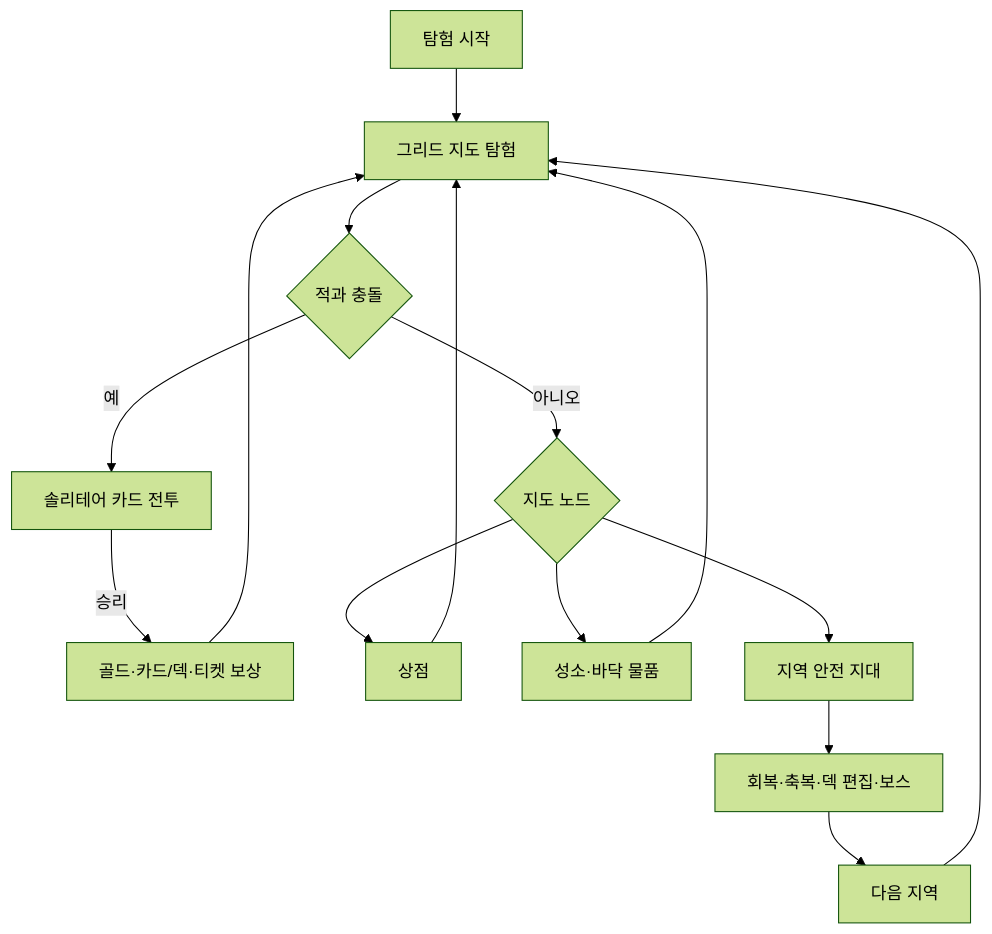
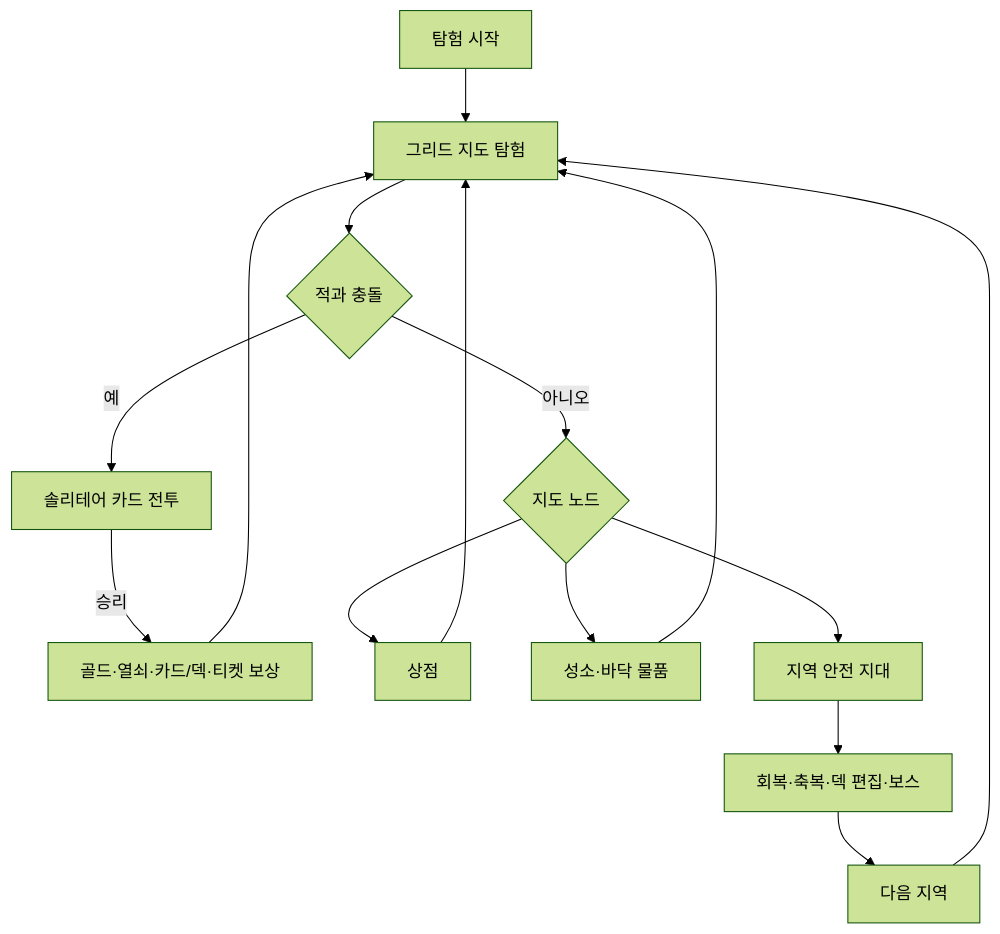
One commit to dhwangdo/ruinfall changed the diagram in docs/GAME_DESIGN.md. Above: the diagram before and after it, drawn with Mermaid (forest theme). The commit also changed other lines of this file and 141 other files, not shown here.

````diff
--- a/docs/GAME_DESIGN.md
+++ b/docs/GAME_DESIGN.md
@@ -9,17 +9,17 @@
 ```mermaid
 flowchart TD
   Start["탐험 시작"] --> Map["그리드 지도 탐험"]
   Map --> Enemy{"적과 충돌"}
   Enemy -->|예| Battle["솔리테어 카드 전투"]
-  Battle -->|승리| Reward["골드·카드/덱·티켓 보상"]
+  Battle -->|승리| Reward["골드·열쇠·카드/덱·티켓 보상"]
   Reward --> Map
   Enemy -->|아니오| Node{"지도 노드"}
   Node --> Shop["상점"]
   Node --> Shrine["성소·바닥 물품"]
   Node --> Portal["지역 안전 지대"]
   Shop --> Map
   Shrine --> Map
   Portal --> Safe["회복·축복·덱 편집·보스"]
   Safe --> Next["다음 지역"]
   Next --> Map
 ```
````
